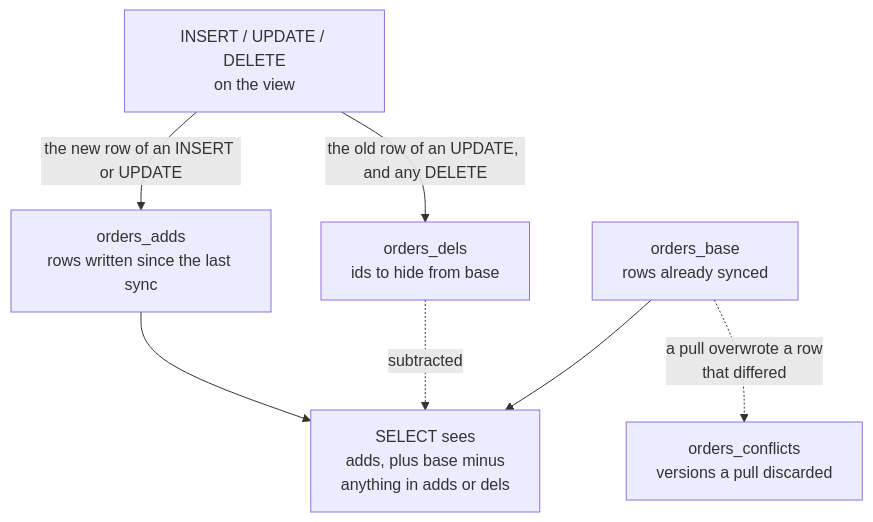
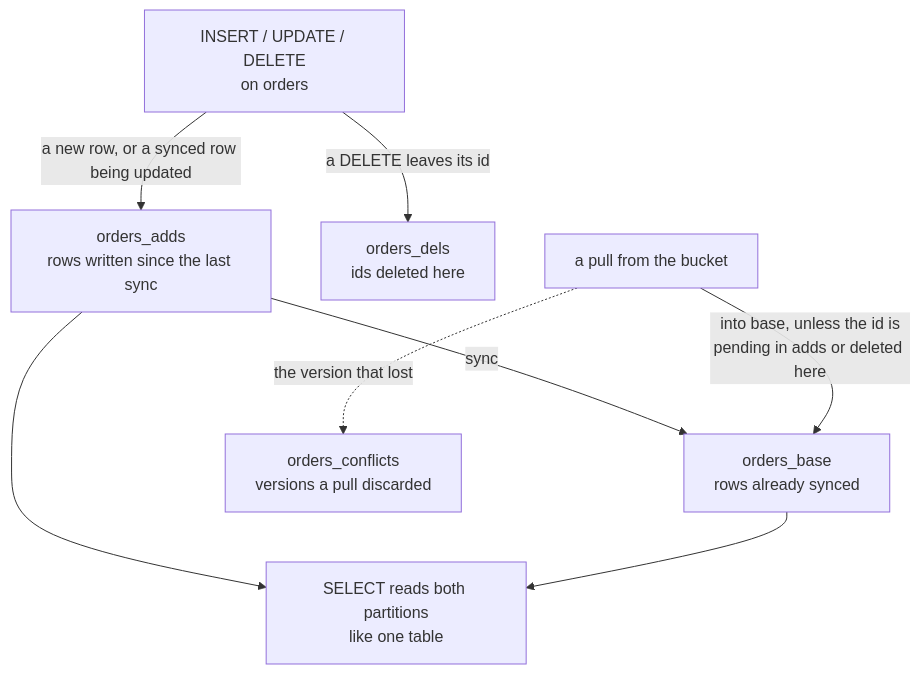
One commit to heyobi/dbcenter changed the second of 5 diagrams in README.md. Above: the diagram before and after it, drawn with Mermaid. The commit also changed other lines of this file and 13 other files, not shown here.

````diff
--- a/README.md
+++ b/README.md
@@ -99,18 +101,20 @@
 ```mermaid
 flowchart TB
-    w["INSERT / UPDATE / DELETE<br/>on the view"]
+    w["INSERT / UPDATE / DELETE<br/>on orders"]
     adds["orders_adds<br/>rows written since the last sync"]
-    dels["orders_dels<br/>ids to hide from base"]
     base["orders_base<br/>rows already synced"]
-    r["SELECT sees<br/>adds, plus base minus<br/>anything in adds or dels"]
+    dels["orders_dels<br/>ids deleted here"]
+    r["SELECT reads both partitions<br/>like one table"]
 
-    w -->|"the new row of an INSERT or UPDATE"| adds
-    w -->|"the old row of an UPDATE, and any DELETE"| dels
+    w -->|"a new row, or a synced row being updated"| adds
+    w -->|"a DELETE leaves its id"| dels
+    adds -->|"sync"| base
 
     adds --> r
     base --> r
-    dels -.->|"subtracted"| r
 
+    pull["a pull from the bucket"]
+    pull -->|"into base, unless the id is<br/>pending in adds or deleted here"| base
     conf["orders_conflicts<br/>versions a pull discarded"]
-    base -.->|"a pull overwrote a row<br/>that differed"| conf
+    pull -.->|"the version that lost"| conf
 ```
````
